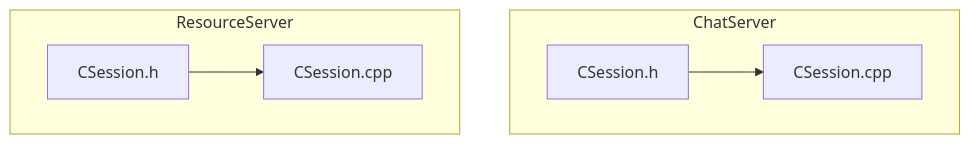
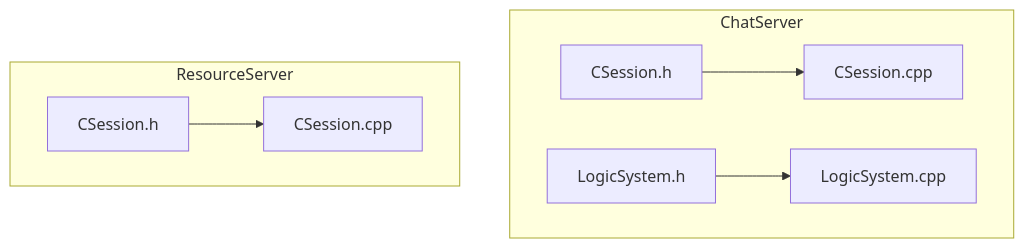
One commit to echo9923/mychatter changed the first of 11 diagrams in .qoder/repowiki/zh/content/服务端开发/ChatServer聊天核心服务/会话管理/并发控制与同步.md. Above: the diagram before and after it, drawn with Mermaid. The commit also changed other lines of this file and 54 other files, not shown here.

````diff
--- a/.qoder/repowiki/zh/content/服务端开发/ChatServer聊天核心服务/会话管理/并发控制与同步.md
+++ b/.qoder/repowiki/zh/content/服务端开发/ChatServer聊天核心服务/会话管理/并发控制与同步.md
@@ -35,13 +46,16 @@
 ```mermaid
 graph TB
 subgraph "ChatServer"
 CS_H["CSession.h"]
 CS_CPP["CSession.cpp"]
+LS_H["LogicSystem.h"]
+LS_CPP["LogicSystem.cpp"]
 end
 subgraph "ResourceServer"
 RS_H["CSession.h"]
 RS_CPP["CSession.cpp"]
 end
 CS_H --> CS_CPP
 RS_H --> RS_CPP
+LS_H --> LS_CPP
 ```
````
